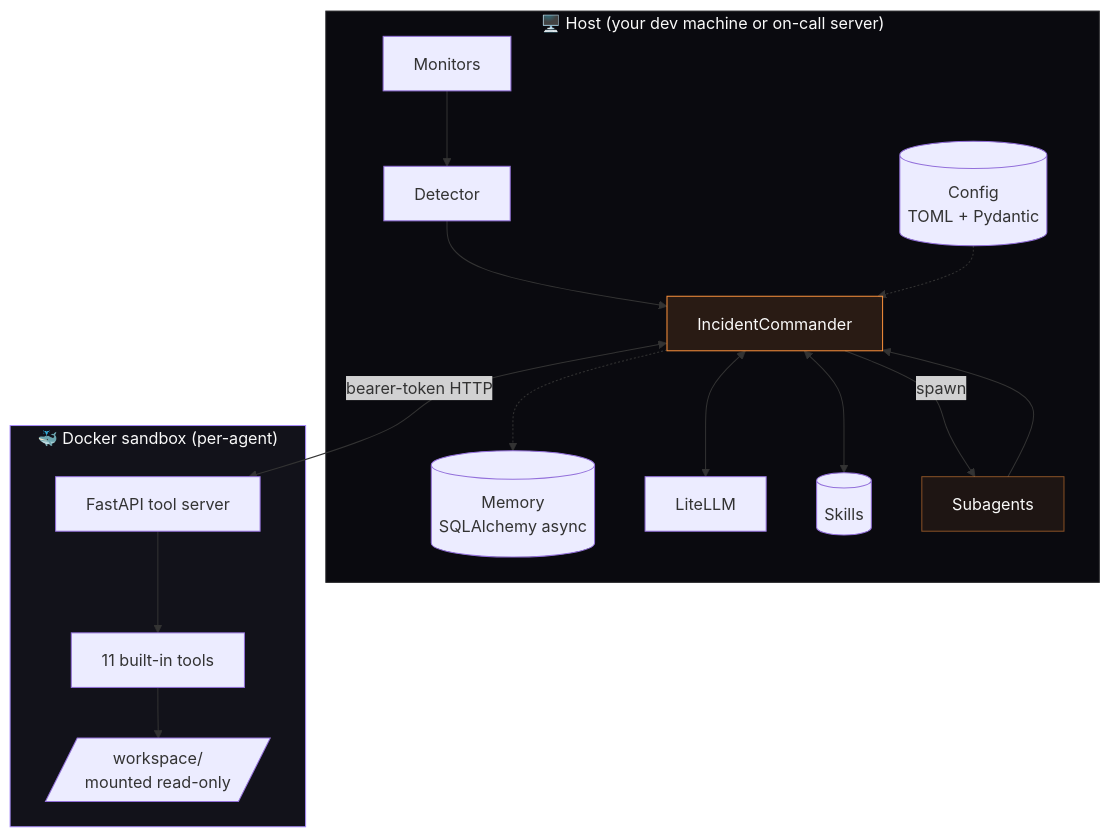
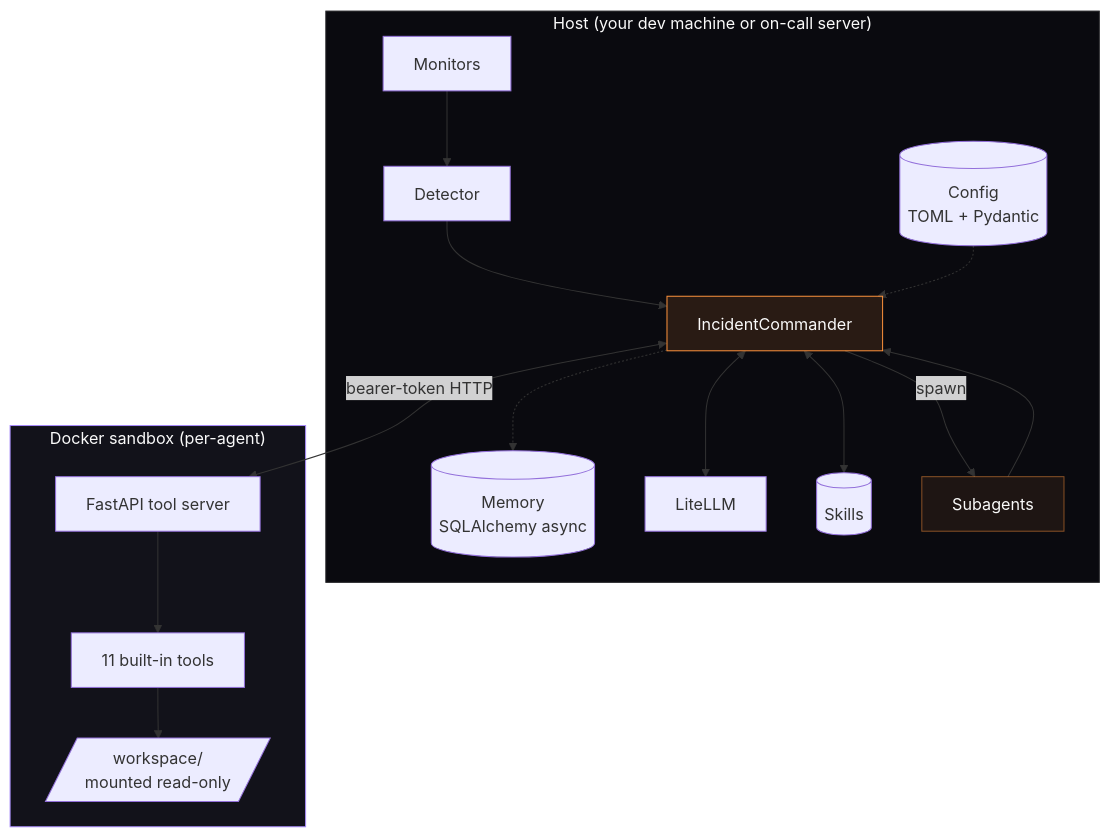
One commit to bhartiyaanshul/quell changed the second of 2 diagrams in README.md. Above: the diagram before and after it, drawn with Mermaid. The commit also changed other lines of this file, not shown here.

````diff
--- a/README.md
+++ b/README.md
@@ -371,30 +367,30 @@
 ```mermaid
 graph TB
-  subgraph host["🖥️  Host (your dev machine or on-call server)"]
+  subgraph host["Host (your dev machine or on-call server)"]
     CFG[("Config<br/>TOML + Pydantic")]
     MEM[("Memory<br/>SQLAlchemy async")]
     MON[Monitors] --> DET[Detector]
     DET --> CMD[IncidentCommander]
     CMD <--> LLM[LiteLLM]
     CMD <--> SKL[(Skills)]
     CMD -->|spawn| SUB[Subagents]
     SUB --> CMD
     CFG -.-> CMD
     CMD -.-> MEM
   end
 
-  subgraph sandbox["🐳  Docker sandbox (per-agent)"]
+  subgraph sandbox["Docker sandbox (per-agent)"]
     TS[FastAPI tool server]
     TOOLS[11 built-in tools]
     WS[/workspace/<br/>mounted read-only/]
     TS --> TOOLS
     TOOLS --> WS
   end
 
   CMD <-->|bearer-token HTTP| TS
 
   style CMD fill:#fb923c20,stroke:#fb923c,color:#fafafa
   style SUB fill:#fb923c15,stroke:#fb923c80,color:#fafafa
   style sandbox fill:#12121a,stroke:#a78bfa,color:#fafafa
   style host fill:#0a0a0f,stroke:#27272a,color:#fafafa
 ```
````
